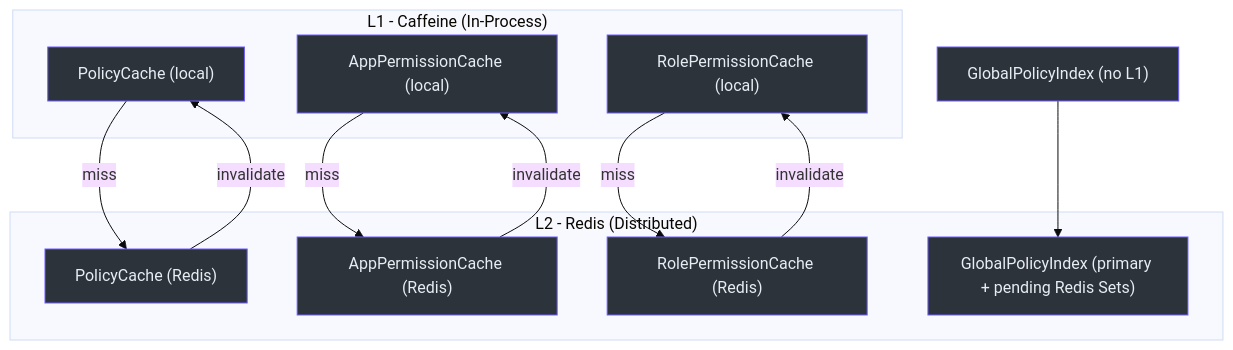
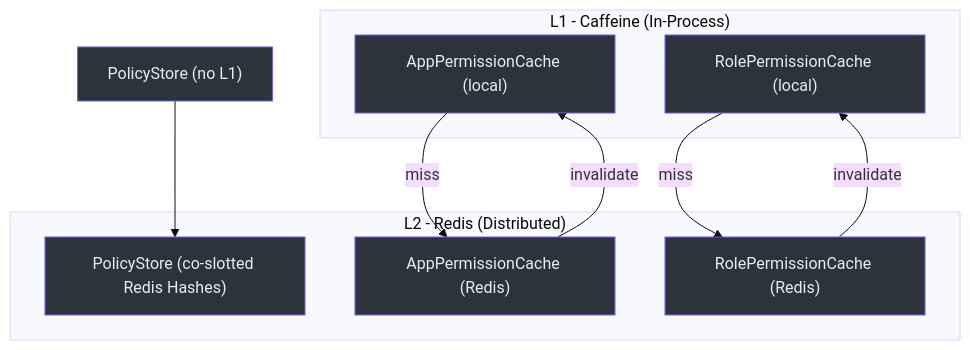
One commit to Ahoo-Wang/CoSec changed the fourth of 4 diagrams in wiki/deep-dive/integrations/redis-caching.md. Above: the diagram before and after it, drawn with Mermaid (base theme). The commit also changed other lines of this file and 26 other files, not shown here.

````diff
--- a/wiki/deep-dive/integrations/redis-caching.md
+++ b/wiki/deep-dive/integrations/redis-caching.md
@@ -144,31 +136,25 @@
 ```mermaid
 graph TD
     subgraph "L1 - Caffeine (In-Process)"
-        A["PolicyCache (local)"]
         B["AppPermissionCache (local)"]
         C["RolePermissionCache (local)"]
     end
     subgraph "L2 - Redis (Distributed)"
-        E["PolicyCache (Redis)"]
+        E["PolicyStore (co-slotted Redis Hashes)"]
         F["AppPermissionCache (Redis)"]
         G["RolePermissionCache (Redis)"]
-        H["GlobalPolicyIndex (primary + pending Redis Sets)"]
     end
-    D["GlobalPolicyIndex (no L1)"] --> H
-    A -->|miss| E
+    D["PolicyStore (no L1)"] --> E
     B -->|miss| F
     C -->|miss| G
-    E -->|invalidate| A
     F -->|invalidate| B
     G -->|invalidate| C
 
-    style A fill:#2d333b,stroke:#6d5dfc,color:#e6edf3
     style B fill:#2d333b,stroke:#6d5dfc,color:#e6edf3
     style C fill:#2d333b,stroke:#6d5dfc,color:#e6edf3
     style D fill:#2d333b,stroke:#6d5dfc,color:#e6edf3
     style E fill:#2d333b,stroke:#6d5dfc,color:#e6edf3
     style F fill:#2d333b,stroke:#6d5dfc,color:#e6edf3
     style G fill:#2d333b,stroke:#6d5dfc,color:#e6edf3
-    style H fill:#2d333b,stroke:#6d5dfc,color:#e6edf3
 
 ```
````
